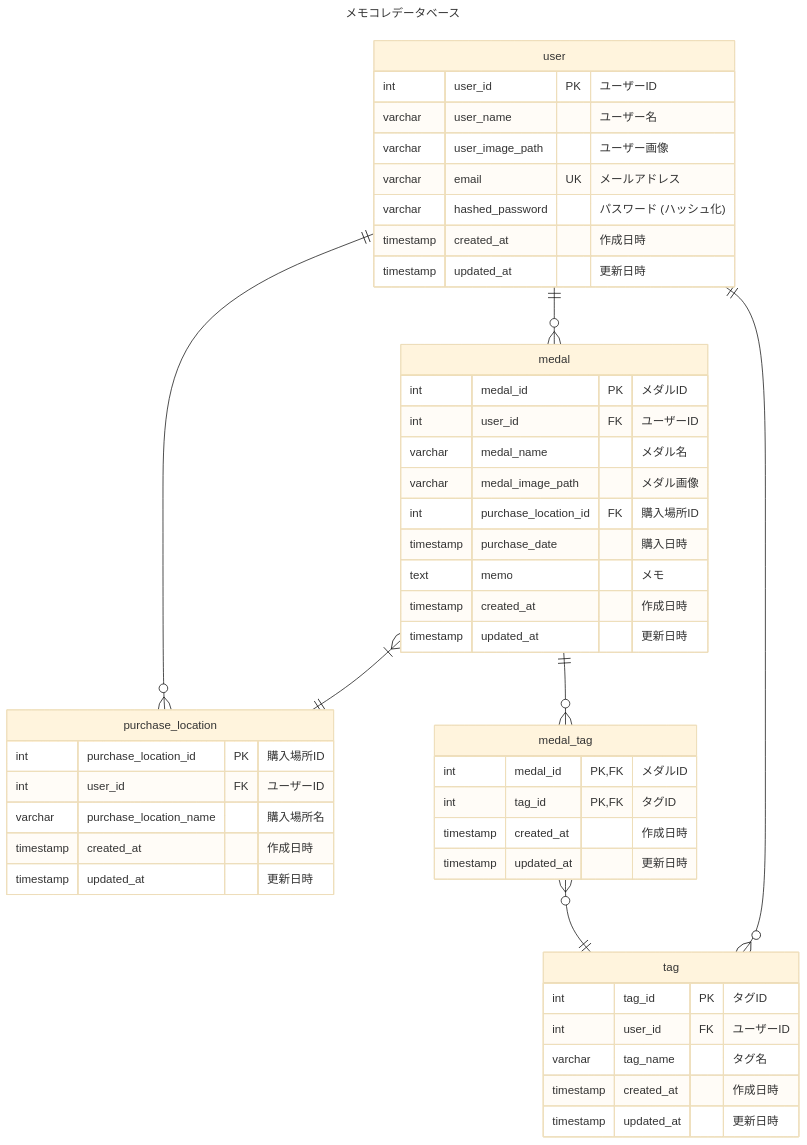
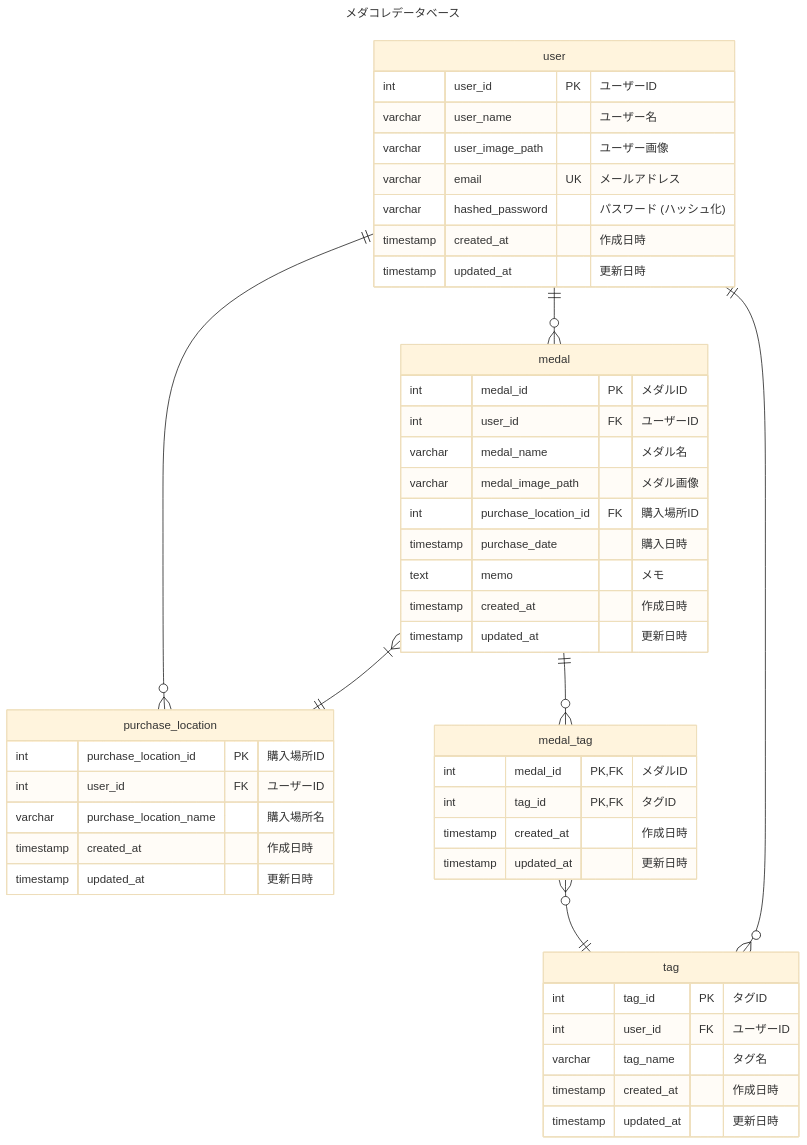
The diagram in docs/pages/ER図.md (team-tiro/medal-collection-document), drawn with Mermaid (base theme) before and after one commit.

Commit message:
fix: 誤字修正

````diff
--- a/docs/pages/ER図.md
+++ b/docs/pages/ER図.md
@@ -3,57 +3,57 @@
 ```mermaid
 ---
-title: "メモコレデータベース"
+title: "メダコレデータベース"
 ---
 erDiagram
     user ||--o{ medal: ""
     user ||--o{ tag: ""
     medal }|--|| purchase_location: ""
     medal ||--o{ medal_tag: ""
     user ||--o{ purchase_location: ""
     medal_tag }o--|| tag: ""
 
   user {
     int user_id PK "ユーザーID"
     varchar user_name "ユーザー名"
     varchar user_image_path "ユーザー画像"
     varchar email UK "メールアドレス"
     varchar hashed_password "パスワード (ハッシュ化)"
     timestamp created_at "作成日時"
     timestamp updated_at "更新日時"
   }
 
   medal {
     int medal_id PK "メダルID"
     int user_id FK "ユーザーID"
     varchar medal_name "メダル名"
     varchar medal_image_path "メダル画像"
     int purchase_location_id FK "購入場所ID"
     timestamp purchase_date "購入日時"
     text memo "メモ"
     timestamp created_at "作成日時"
     timestamp updated_at "更新日時"
   }
 
   medal_tag {
     int medal_id PK,FK "メダルID"
     int tag_id PK,FK "タグID"
     timestamp created_at "作成日時"
     timestamp updated_at "更新日時"
   }
 
   tag {
     int tag_id PK "タグID"
     int user_id FK "ユーザーID"
     varchar tag_name "タグ名"
     timestamp created_at "作成日時"
     timestamp updated_at "更新日時"
   }
 
   purchase_location {
     int purchase_location_id PK "購入場所ID"
     int user_id FK "ユーザーID"
     varchar purchase_location_name "購入場所名"
     timestamp created_at "作成日時"
     timestamp updated_at "更新日時"
   }
 ```
````
